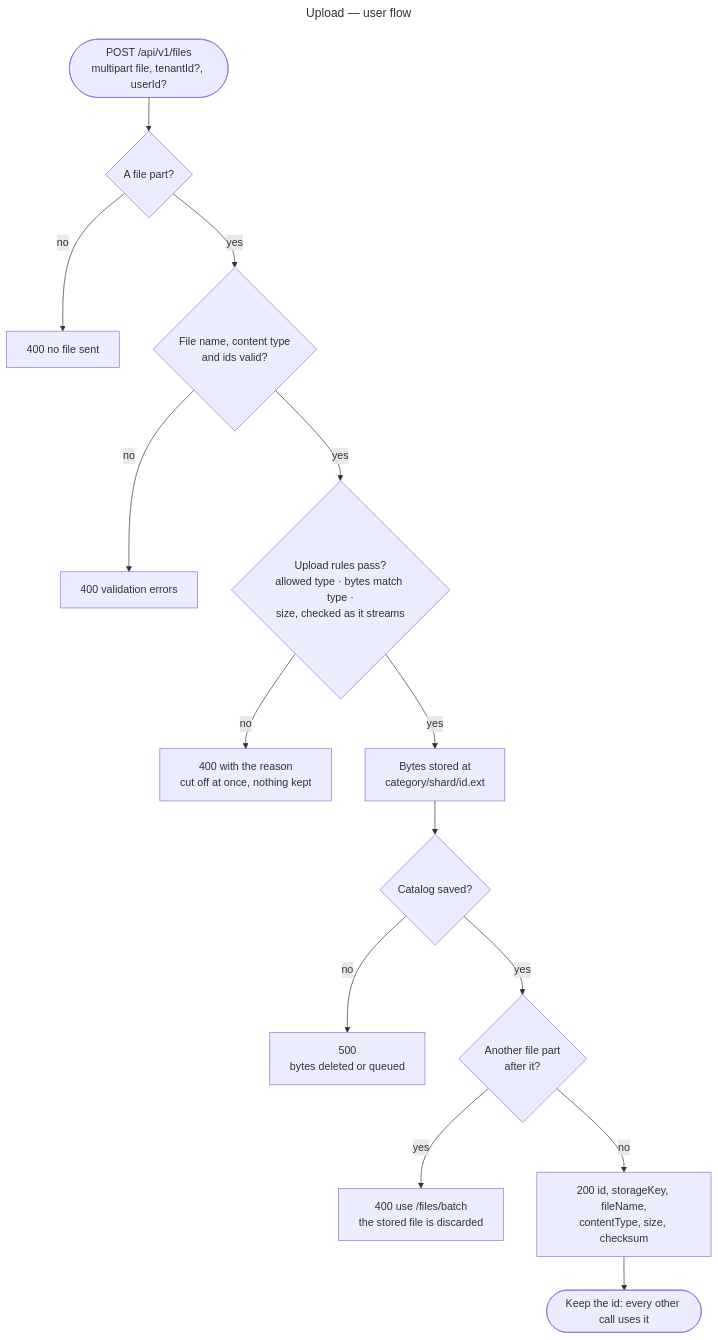
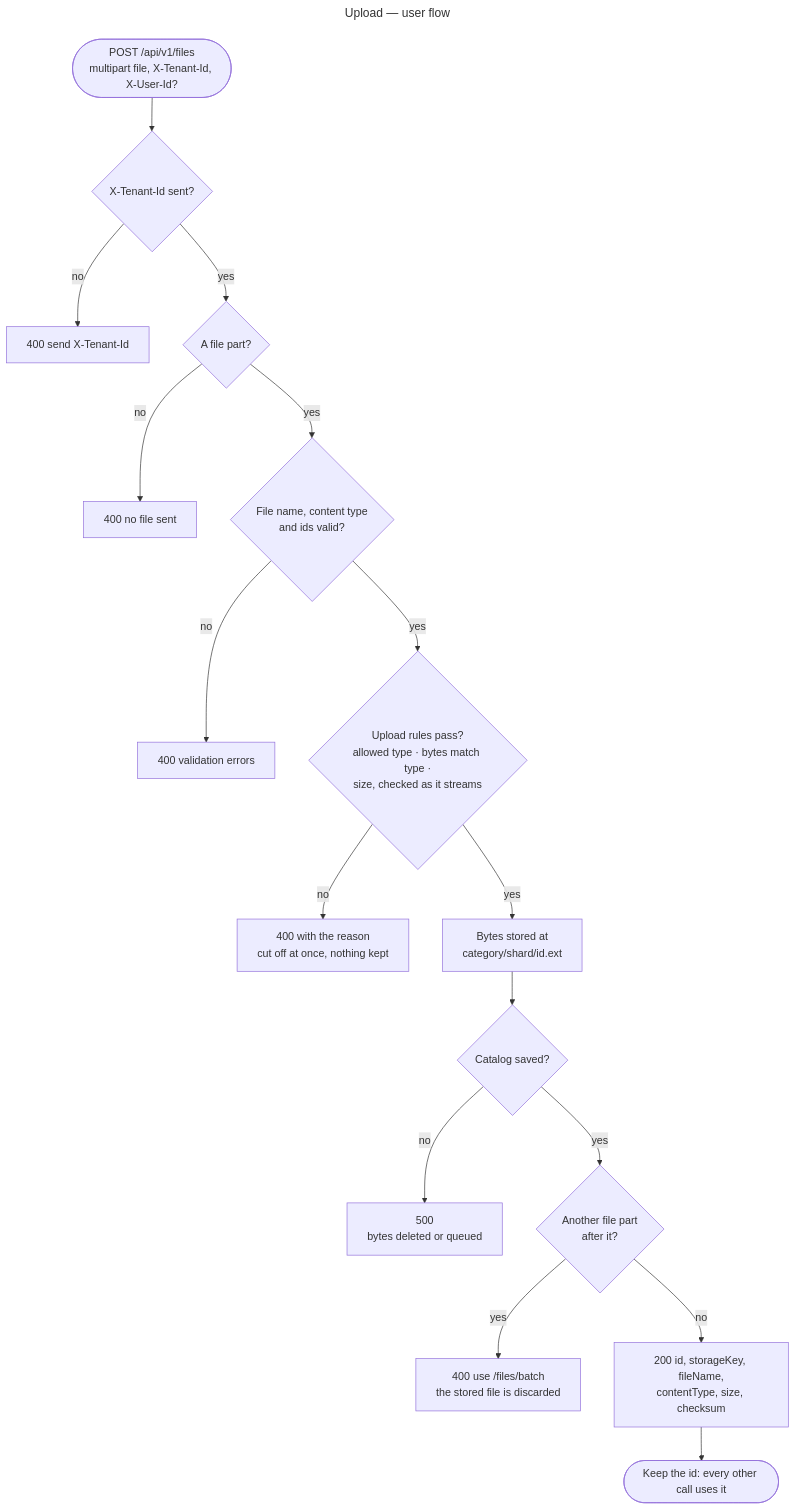
Before and after one commit to gmetskhvarishvili/GM.FileStorage.Samples: the third of 12 diagrams in docs/user-flows.md, drawn with Mermaid. The commit also changed other lines of this file and 23 other files, not shown here.

````diff
--- a/docs/user-flows.md
+++ b/docs/user-flows.md
@@ -67,19 +69,21 @@
 ```mermaid
 ---
 title: Upload — user flow
 ---
 flowchart TD
-    start([POST /api/v1/files<br/>multipart file, tenantId?, userId?]) --> any{A file part?}
+    start([POST /api/v1/files<br/>multipart file, X-Tenant-Id, X-User-Id?]) --> tenant{X-Tenant-Id sent?}
+    tenant -- no --> t400[400 send X-Tenant-Id]
+    tenant -- yes --> any{A file part?}
     any -- no --> n400[400 no file sent]
     any -- yes --> valid{File name, content type<br/>and ids valid?}
     valid -- no --> v400[400 validation errors]
     valid -- yes --> rules{Upload rules pass?<br/>allowed type · bytes match type ·<br/>size, checked as it streams}
     rules -- no --> r400[400 with the reason<br/>cut off at once, nothing kept]
     rules -- yes --> stored[Bytes stored at<br/>category/shard/id.ext]
     stored --> saved{Catalog saved?}
     saved -- no --> e500[500<br/>bytes deleted or queued]
     saved -- yes --> more{Another file part<br/>after it?}
     more -- yes --> m400[400 use /files/batch<br/>the stored file is discarded]
     more -- no --> ok[200 id, storageKey, fileName,<br/>contentType, size, checksum]
     ok --> next([Keep the id: every other call uses it])
 ```
````
